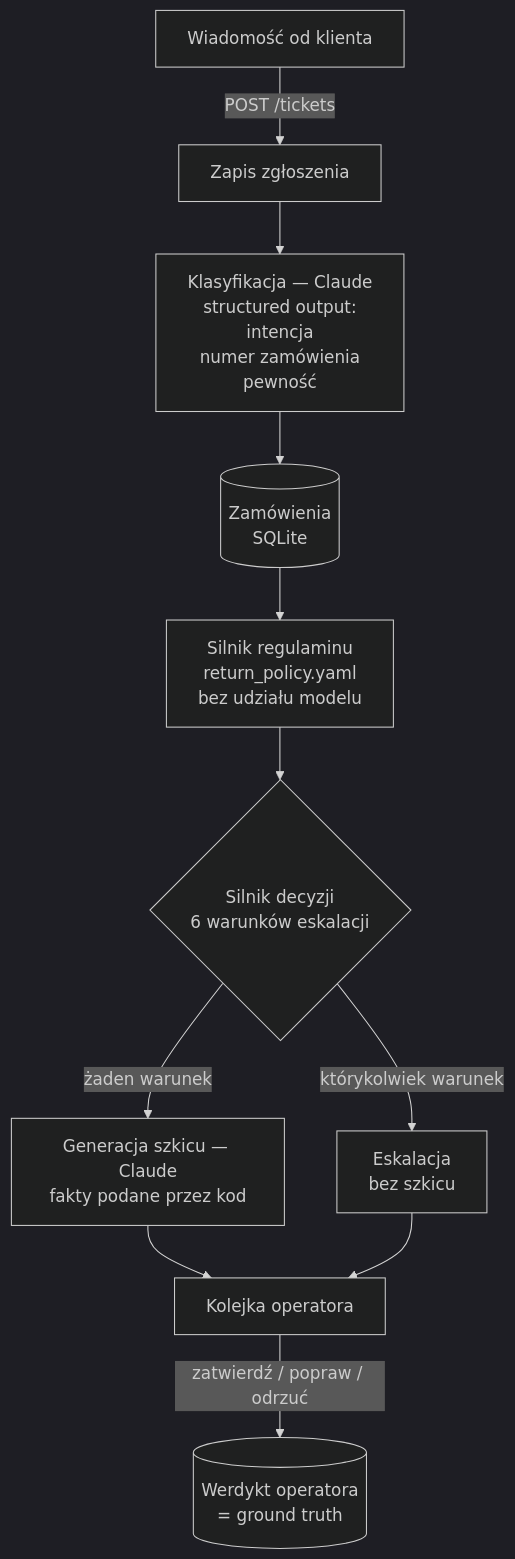
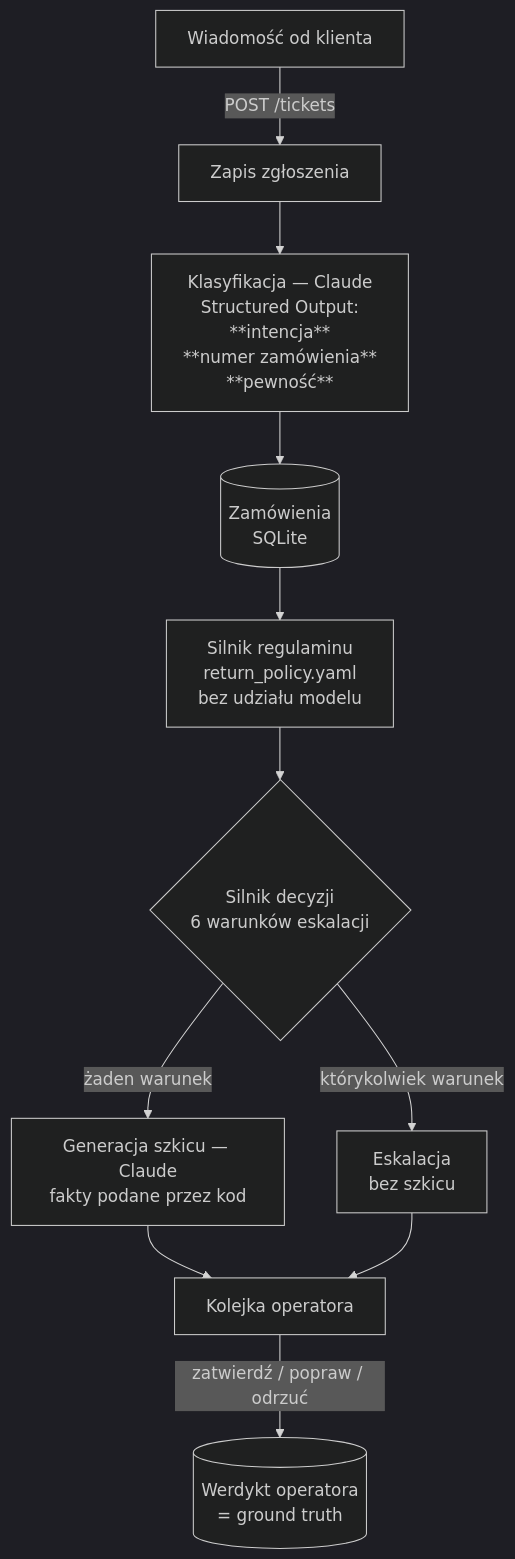
One commit to comitme/ai-analizator-zgloszen changed the first of 2 diagrams in README.md. Above: the diagram before and after it, drawn with Mermaid (dark theme).

Commit message:
Improve formatting of structured output in flowchart
Updated the structured output formatting in the flowchart.

````diff
--- a/README.md
+++ b/README.md
@@ -78,13 +78,13 @@
 ```mermaid
 flowchart TD
     K["Wiadomość od klienta"] -->|"POST /tickets"| S["Zapis zgłoszenia<br/>"]
-    S --> C["Klasyfikacja — Claude<br/>structured output: <br/>intencja<br/>numer zamówienia<br/>pewność"]
+    S --> C["Klasyfikacja — Claude<br/>Structured Output: <br/>**intencja**<br/>**numer zamówienia**<br/>**pewność**"]
     C --> O[("Zamówienia<br/>SQLite")]
     O --> P["Silnik regulaminu<br/>return_policy.yaml<br/>bez udziału modelu"]
     P --> D{"Silnik decyzji<br/>6 warunków eskalacji"}
     D -->|"żaden warunek"| G["Generacja szkicu — Claude<br/>fakty podane przez kod"]
     D -->|"którykolwiek warunek"| E["Eskalacja<br/>bez szkicu"]
     G --> Q["Kolejka operatora"]
     E --> Q
     Q -->|"zatwierdź / popraw / odrzuć"| F[("Werdykt operatora<br/>= ground truth")]
 ```
````
